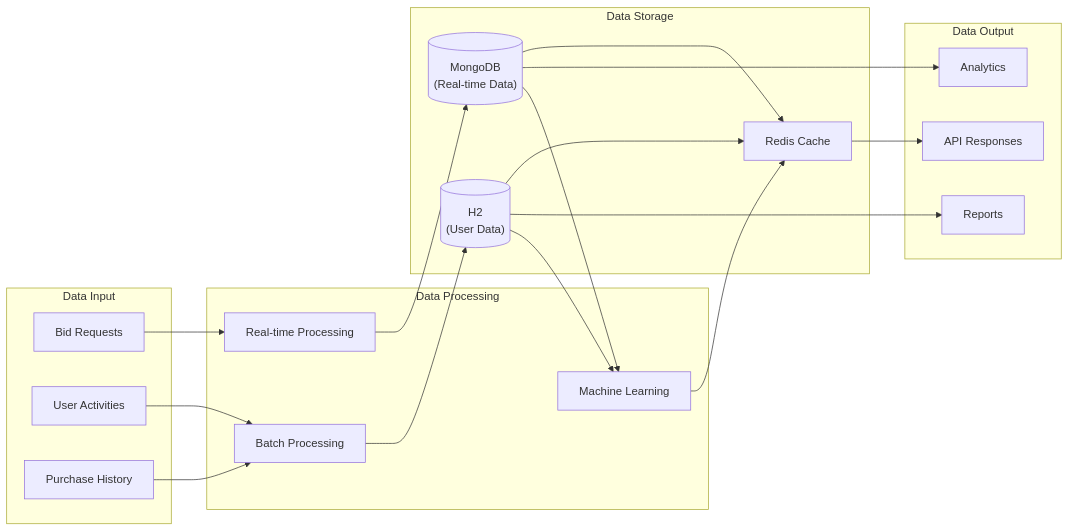
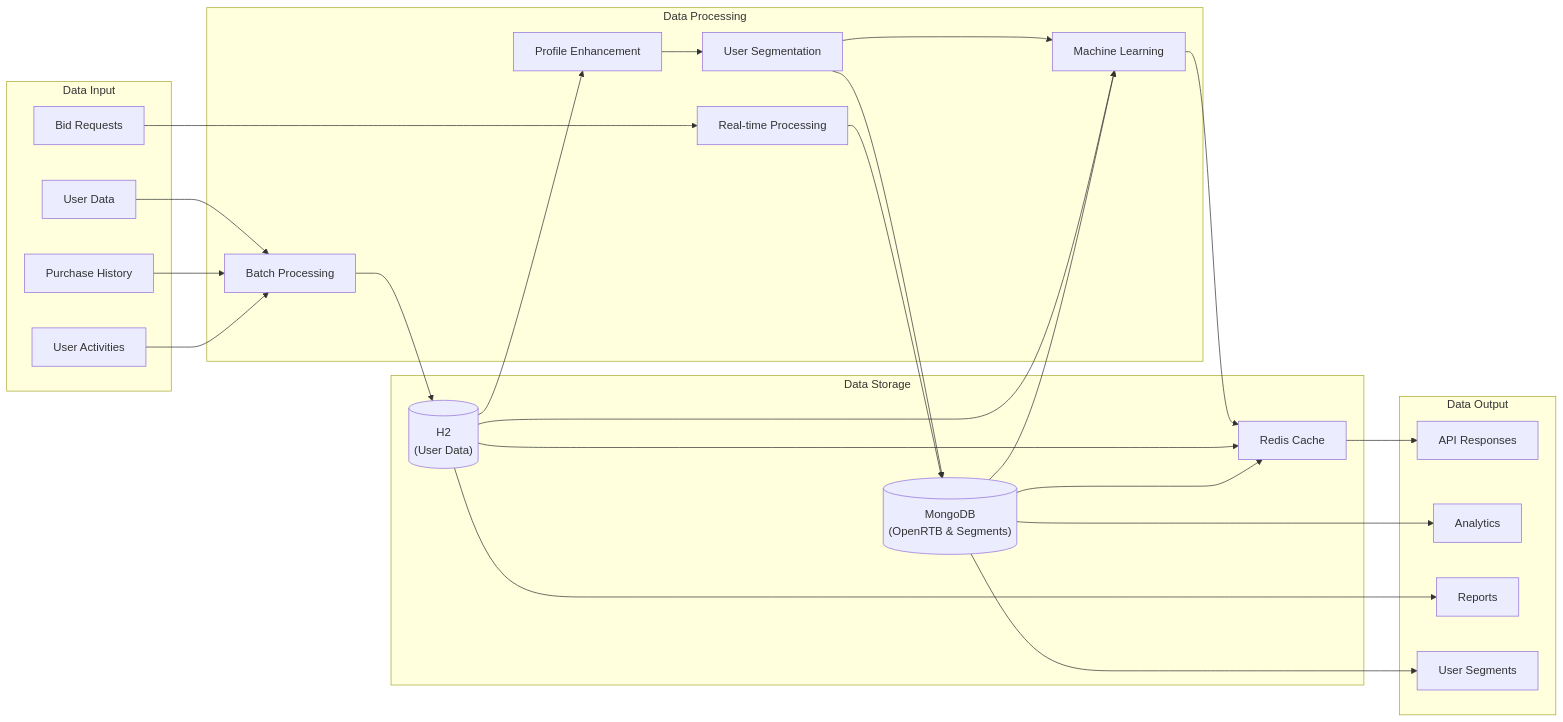
The third of 4 diagrams in architecture-diagram.md (songfei1983/play-spring-boot-api), drawn with Mermaid before and after one commit. The commit also changed other lines of this file and 1 other file, not shown here.

First line of the commit message:
完善架构图：添加用户画像和分段模块

````diff
--- a/architecture-diagram.md
+++ b/architecture-diagram.md
@@ -249,48 +317,60 @@
 ```mermaid
 flowchart LR
     %% 数据输入
     subgraph "Data Input"
         BR["Bid Requests"]
         UA["User Activities"]
         PH["Purchase History"]
+        UD["User Data"]
     end
     
     %% 数据处理
     subgraph "Data Processing"
         RT["Real-time Processing"]
         BATCH["Batch Processing"]
         ML["Machine Learning"]
+        SEGMENT["User Segmentation"]
+        PROFILE["Profile Enhancement"]
     end
     
     %% 数据存储
     subgraph "Data Storage"
-        MONGO_RT[("MongoDB\n(Real-time Data)")]
+        MONGO_RT[("MongoDB\n(OpenRTB & Segments)")]
         H2_USER[("H2\n(User Data)")]
         CACHE["Redis Cache"]
     end
     
     %% 数据输出
     subgraph "Data Output"
         API_RESP["API Responses"]
         ANALYTICS["Analytics"]
         REPORTS["Reports"]
+        SEGMENTS["User Segments"]
     end
     
     BR --> RT
     UA --> BATCH
     PH --> BATCH
+    UD --> BATCH
     
     RT --> MONGO_RT
     BATCH --> H2_USER
+    
+    %% H2到MongoDB的数据转存流程
+    H2_USER --> PROFILE
+    PROFILE --> SEGMENT
+    SEGMENT --> MONGO_RT
     
     MONGO_RT --> CACHE
     H2_USER --> CACHE
     
     CACHE --> API_RESP
     MONGO_RT --> ANALYTICS
     H2_USER --> REPORTS
+    MONGO_RT --> SEGMENTS
     
     ML --> CACHE
     MONGO_RT --> ML
     H2_USER --> ML
+    SEGMENT --> ML
 ```
````
